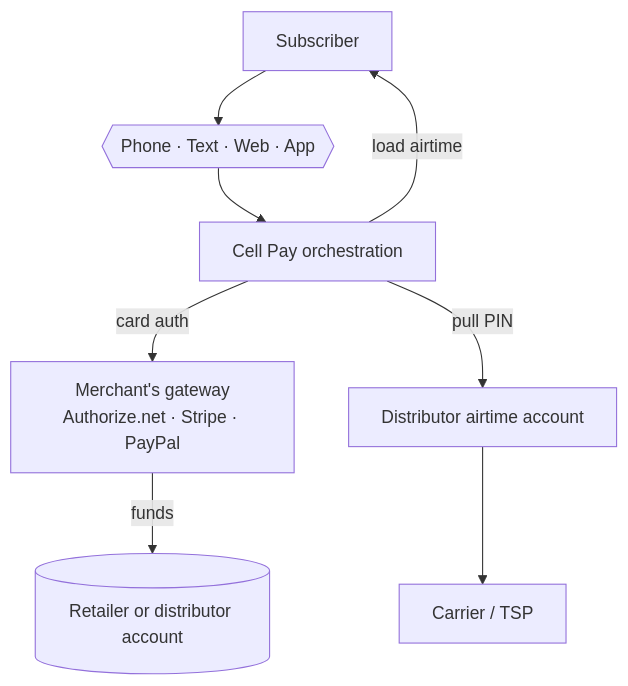
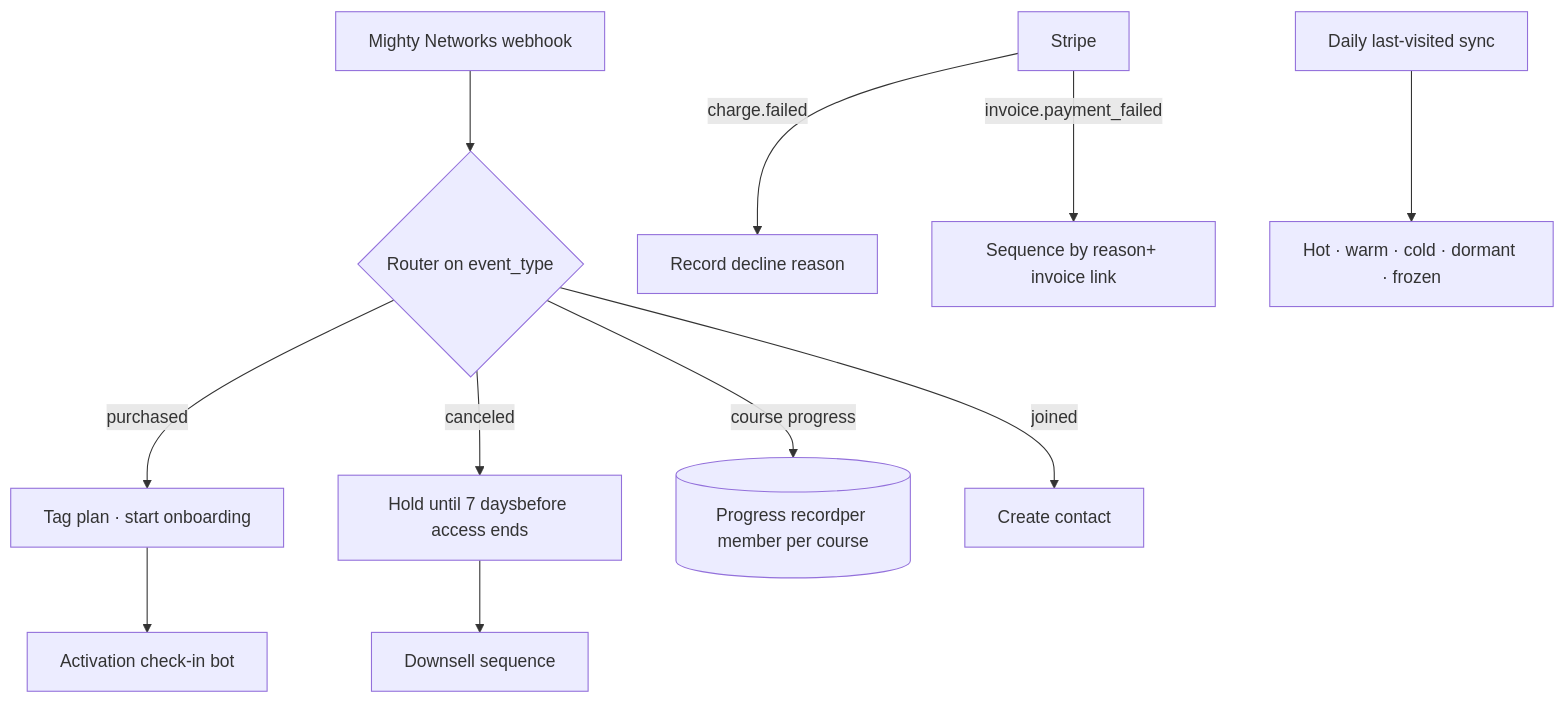
One commit to carljibrilsulaimanii/solutions-architecture-portfolio changed the fifth of 23 diagrams in README.md. Above: the diagram before and after it, drawn with Mermaid. The commit also changed other lines of this file, not shown here.

````diff
--- a/README.md
+++ b/README.md
@@ -38,10 +234,12 @@
 ```mermaid
 flowchart TD
-  S[Subscriber] --> C{{Phone · Text · Web · App}}
-  C --> CP[Cell Pay orchestration]
-  CP -- card auth --> G[Merchant's gateway<br/>Authorize.net · Stripe · PayPal]
-  G -- funds --> M[(Retailer or distributor account)]
-  CP -- pull PIN --> D[Distributor airtime account]
-  D --> T[Carrier / TSP]
-  CP -- load airtime --> S
+  MN[Mighty Networks webhook] --> R{Router on event_type}
+  R -- purchased --> P[Tag plan · start onboarding]
+  R -- canceled --> C[Hold until 7 daysbefore access ends] --> DS[Downsell sequence]
+  R -- course progress --> CO[(Progress recordper member per course)]
+  R -- joined --> J[Create contact]
+  ST[Stripe] -- charge.failed --> FR[Record decline reason]
+  ST -- invoice.payment_failed --> FS[Sequence by reason+ invoice link]
+  LV[Daily last-visited sync] --> SC[Hot · warm · cold · dormant · frozen]
+  P --> OB[Activation check-in bot]
 ```
````
